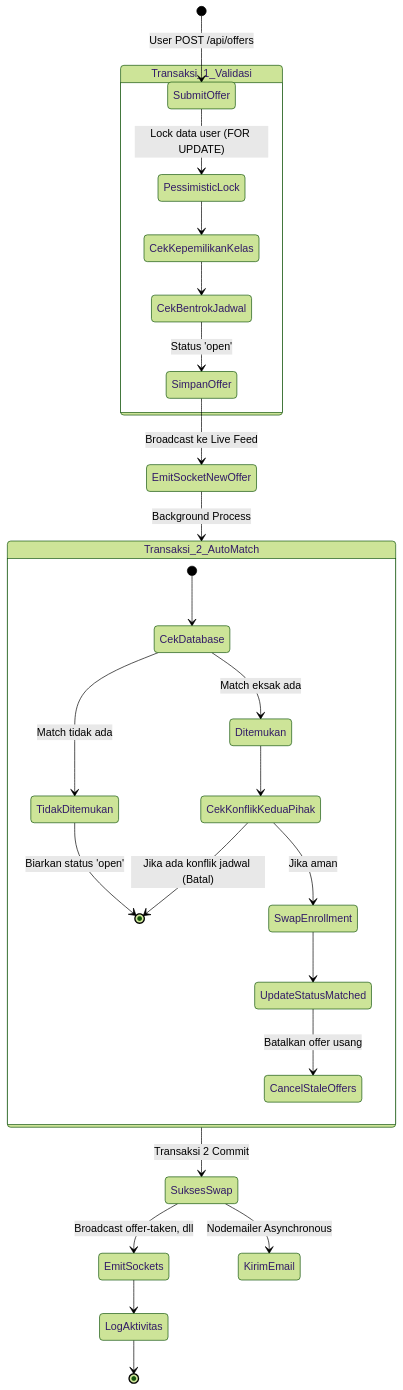
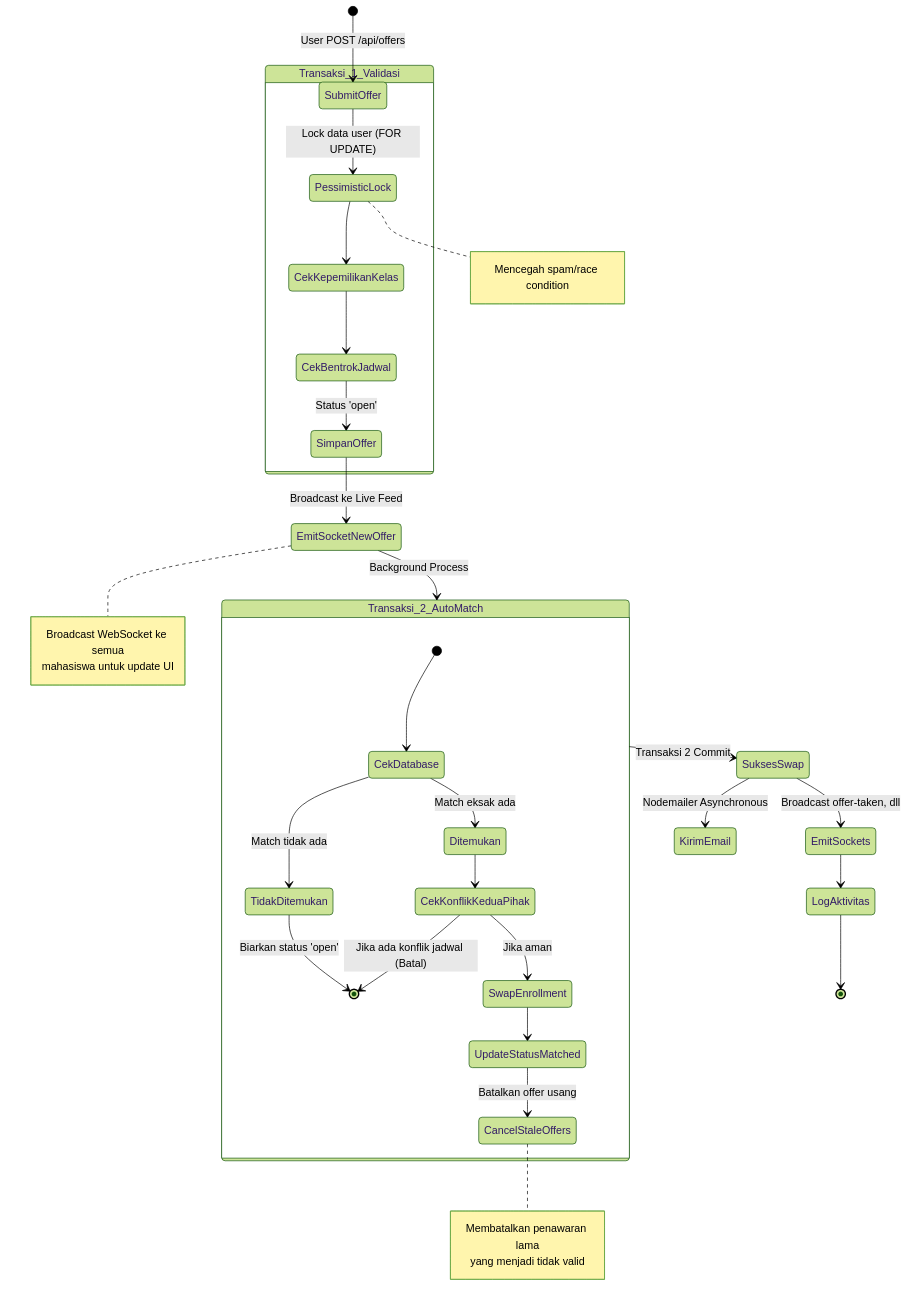
The third of 4 diagrams in laporan_akhir_bab_3_barter.md (gimigkk/KRSwitch-backend), drawn with Mermaid (forest theme) before and after one commit. The commit also changed other lines of this file, not shown here.

Commit message:
docs: laporan 5

````diff
--- a/laporan_akhir_bab_3_barter.md
+++ b/laporan_akhir_bab_3_barter.md
@@ -126,34 +126,47 @@
 ```mermaid
 stateDiagram-v2
     [*] --> SubmitOffer: User POST /api/offers
     
     state Transaksi_1_Validasi {
         SubmitOffer --> PessimisticLock: Lock data user (FOR UPDATE)
+        note right of PessimisticLock
+            Mencegah spam/race condition
+        end note
+        
         PessimisticLock --> CekKepemilikanKelas
         CekKepemilikanKelas --> CekBentrokJadwal
         CekBentrokJadwal --> SimpanOffer: Status 'open'
     }
     
     SimpanOffer --> EmitSocketNewOffer: Broadcast ke Live Feed
+    note right of EmitSocketNewOffer
+        Broadcast WebSocket ke semua
+        mahasiswa untuk update UI
+    end note
+    
     EmitSocketNewOffer --> Transaksi_2_AutoMatch: Background Process
     
     state Transaksi_2_AutoMatch {
         [*] --> CekDatabase
         CekDatabase --> Ditemukan: Match eksak ada
         CekDatabase --> TidakDitemukan: Match tidak ada
         
         TidakDitemukan --> [*]: Biarkan status 'open'
         
         Ditemukan --> CekKonflikKeduaPihak
         CekKonflikKeduaPihak --> [*]: Jika ada konflik jadwal (Batal)
         CekKonflikKeduaPihak --> SwapEnrollment: Jika aman
         SwapEnrollment --> UpdateStatusMatched
         UpdateStatusMatched --> CancelStaleOffers: Batalkan offer usang
+        note right of CancelStaleOffers
+            Membatalkan penawaran lama
+            yang menjadi tidak valid
+        end note
     }
     
     Transaksi_2_AutoMatch --> SuksesSwap: Transaksi 2 Commit
     SuksesSwap --> EmitSockets: Broadcast offer-taken, dll
     SuksesSwap --> KirimEmail: Nodemailer Asynchronous
     EmitSockets --> LogAktivitas
     LogAktivitas --> [*]
 ```
````
